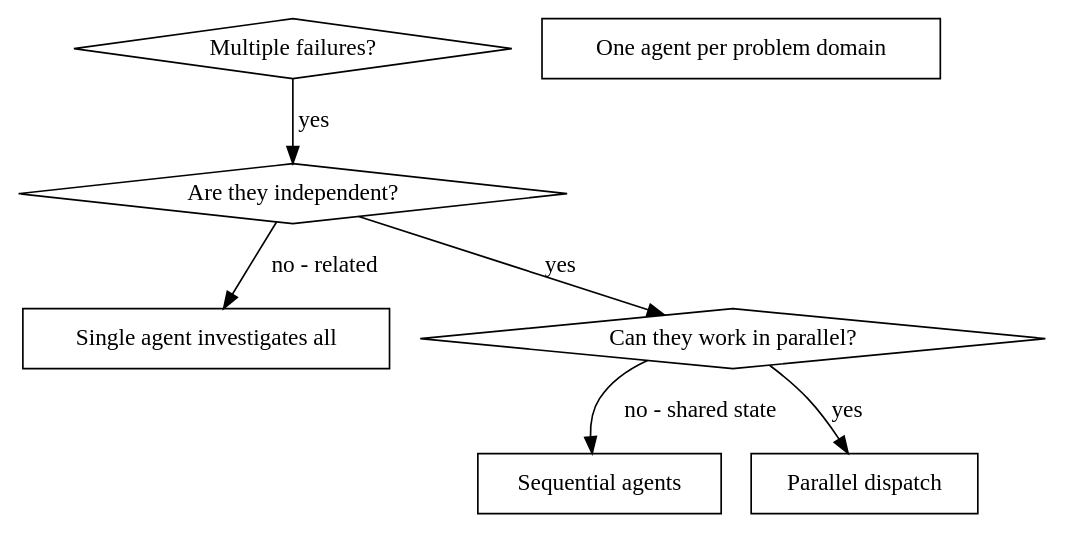
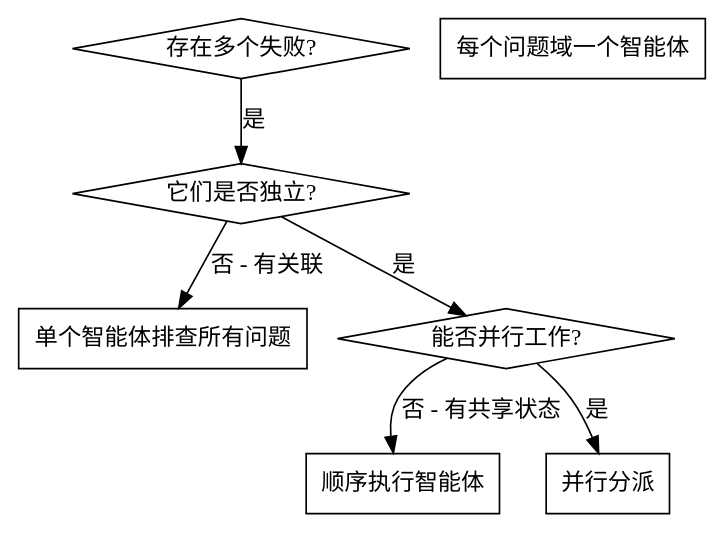
Before and after one commit to zhaixin244-wq/fnw: the diagram in .claude/skills/dispatching-parallel-agents/SKILL.md, drawn with Graphviz. The commit also changed other lines of this file and 2949 other files, not shown here.

````diff
--- a/.claude/skills/dispatching-parallel-agents/SKILL.md
+++ b/.claude/skills/dispatching-parallel-agents/SKILL.md
@@ -18,17 +18,17 @@
 ```dot
 digraph when_to_use {
-    "Multiple failures?" [shape=diamond];
-    "Are they independent?" [shape=diamond];
-    "Single agent investigates all" [shape=box];
-    "One agent per problem domain" [shape=box];
-    "Can they work in parallel?" [shape=diamond];
-    "Sequential agents" [shape=box];
-    "Parallel dispatch" [shape=box];
+    "存在多个失败?" [shape=diamond];
+    "它们是否独立?" [shape=diamond];
+    "单个智能体排查所有问题" [shape=box];
+    "每个问题域一个智能体" [shape=box];
+    "能否并行工作?" [shape=diamond];
+    "顺序执行智能体" [shape=box];
+    "并行分派" [shape=box];
 
-    "Multiple failures?" -> "Are they independent?" [label="yes"];
-    "Are they independent?" -> "Single agent investigates all" [label="no - related"];
-    "Are they independent?" -> "Can they work in parallel?" [label="yes"];
-    "Can they work in parallel?" -> "Parallel dispatch" [label="yes"];
-    "Can they work in parallel?" -> "Sequential agents" [label="no - shared state"];
+    "存在多个失败?" -> "它们是否独立?" [label="是"];
+    "它们是否独立?" -> "单个智能体排查所有问题" [label="否 - 有关联"];
+    "它们是否独立?" -> "能否并行工作?" [label="是"];
+    "能否并行工作?" -> "并行分派" [label="是"];
+    "能否并行工作?" -> "顺序执行智能体" [label="否 - 有共享状态"];
 }
 ```
````
